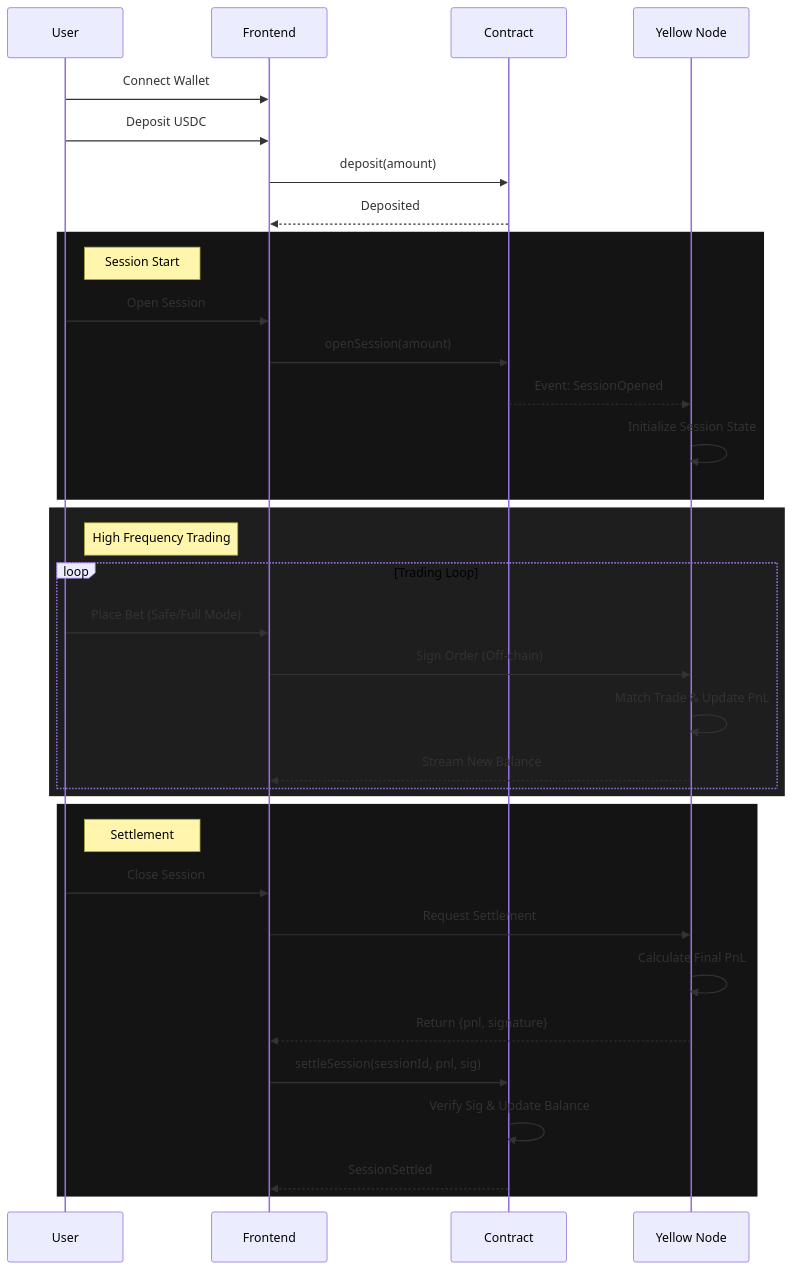
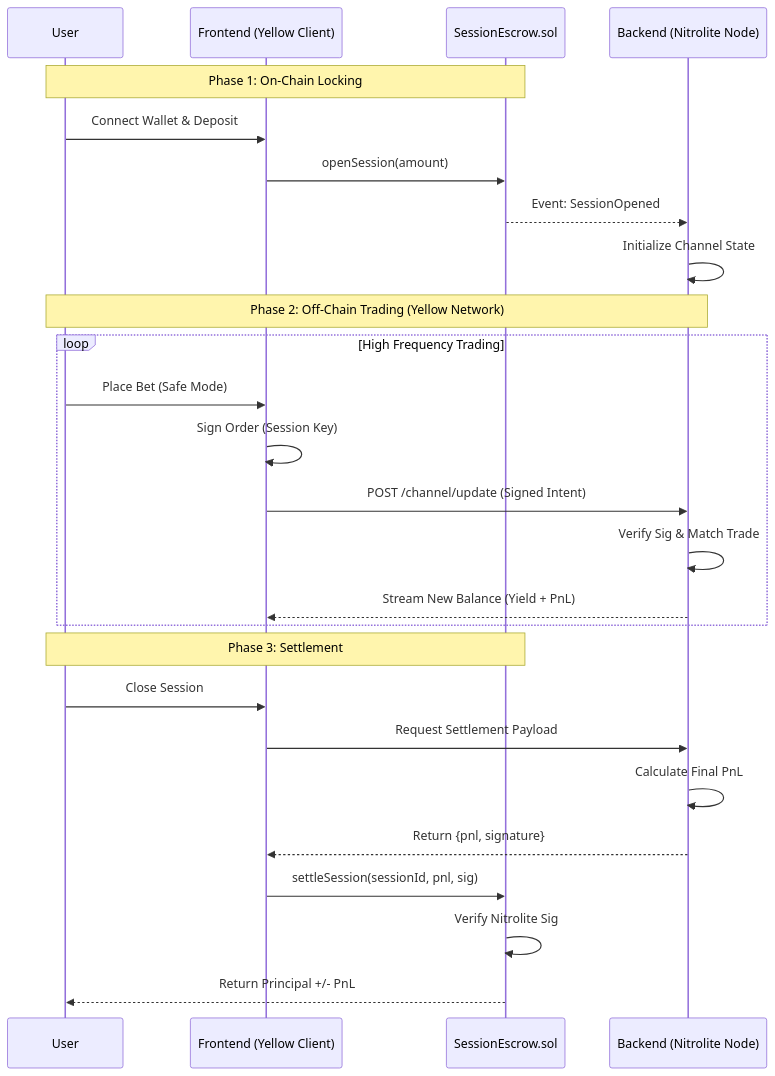
One commit to YashIIT0909/Basis-Zero changed the second of 2 diagrams in README.md. Above: the diagram before and after it, drawn with Mermaid. The commit also changed other lines of this file and 4 other files, not shown here.

````diff
--- a/README.md
+++ b/README.md
@@ -82,41 +55,31 @@
 ```mermaid
 sequenceDiagram
     participant User
-    participant Frontend
-    participant SessionEscrow as Contract
-    participant Backend as Yellow Node
+    participant Frontend as Frontend (Yellow Client)
+    participant Contract as SessionEscrow.sol
+    participant Backend as Backend (Nitrolite Node)
 
-    User->>Frontend: Connect Wallet
-    User->>Frontend: Deposit USDC
-    Frontend->>SessionEscrow: deposit(amount)
-    SessionEscrow-->>Frontend: Deposited
+    Note over User, Contract: Phase 1: On-Chain Locking
+    User->>Frontend: Connect Wallet & Deposit
+    Frontend->>Contract: openSession(amount)
+    Contract-->>Backend: Event: SessionOpened
+    Backend->>Backend: Initialize Channel State
 
-    rect rgb(20, 20, 20)
-        Note right of User: Session Start
-        User->>Frontend: Open Session
-        Frontend->>SessionEscrow: openSession(amount)
-        SessionEscrow-->>Backend: Event: SessionOpened
-        Backend->>Backend: Initialize Session State
+    Note over User, Backend: Phase 2: Off-Chain Trading (Yellow Network)
+    loop High Frequency Trading
+        User->>Frontend: Place Bet (Safe Mode)
+        Frontend->>Frontend: Sign Order (Session Key)
+        Frontend->>Backend: POST /channel/update (Signed Intent)
+        Backend->>Backend: Verify Sig & Match Trade
+        Backend-->>Frontend: Stream New Balance (Yield + PnL)
     end
 
-    rect rgb(30, 30, 30)
-        Note right of User: High Frequency Trading
-        loop Trading Loop
-            User->>Frontend: Place Bet (Safe/Full Mode)
-            Frontend->>Backend: Sign Order (Off-chain)
-            Backend->>Backend: Match Trade & Update PnL
-            Backend-->>Frontend: Stream New Balance
-        end
-    end
-
-    rect rgb(20, 20, 20)
-        Note right of User: Settlement
-        User->>Frontend: Close Session
-        Frontend->>Backend: Request Settlement
-        Backend->>Backend: Calculate Final PnL
-        Backend-->>Frontend: Return {pnl, signature}
-        Frontend->>SessionEscrow: settleSession(sessionId, pnl, sig)
-        SessionEscrow->>SessionEscrow: Verify Sig & Update Balance
-        SessionEscrow-->>Frontend: SessionSettled
-    end
+    Note over User, Contract: Phase 3: Settlement
+    User->>Frontend: Close Session
+    Frontend->>Backend: Request Settlement Payload
+    Backend->>Backend: Calculate Final PnL
+    Backend-->>Frontend: Return {pnl, signature}
+    Frontend->>Contract: settleSession(sessionId, pnl, sig)
+    Contract->>Contract: Verify Nitrolite Sig
+    Contract-->>User: Return Principal +/- PnL
 ```
````
